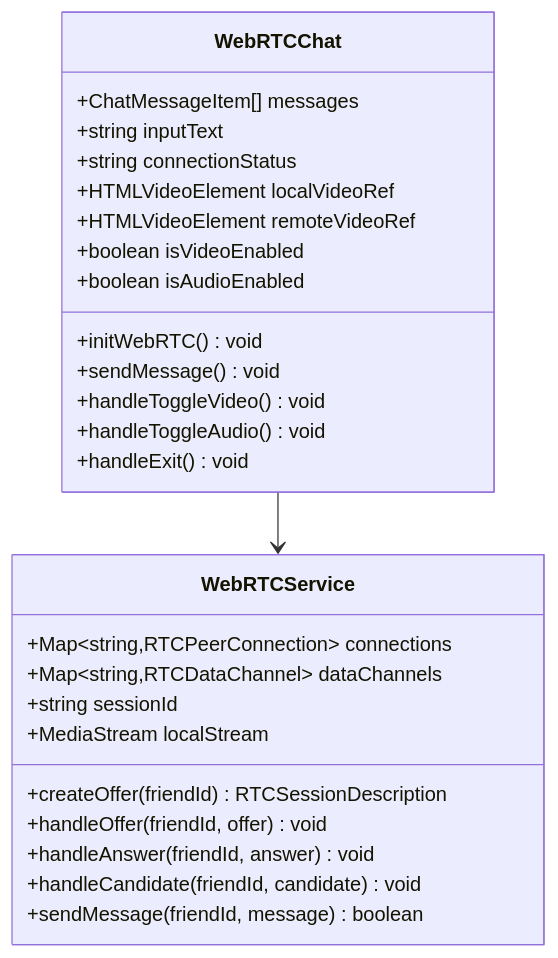
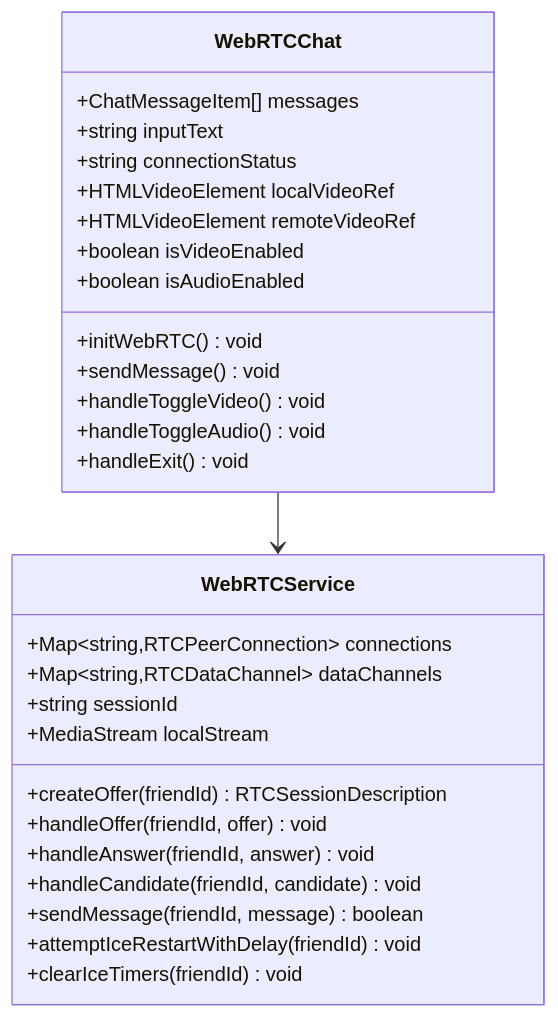
One commit to nicolastinger/only-talk-app changed the eighth of 16 diagrams in .qoder/repowiki/zh/content/Privacy Video Call.md. Above: the diagram before and after it, drawn with Mermaid. The commit also changed other lines of this file and 4 other files, not shown here.

````diff
--- a/.qoder/repowiki/zh/content/Privacy Video Call.md
+++ b/.qoder/repowiki/zh/content/Privacy Video Call.md
@@ -312,29 +329,31 @@
 ```mermaid
 classDiagram
 class WebRTCChat {
 +ChatMessageItem[] messages
 +string inputText
 +string connectionStatus
 +HTMLVideoElement localVideoRef
 +HTMLVideoElement remoteVideoRef
 +boolean isVideoEnabled
 +boolean isAudioEnabled
 +initWebRTC() void
 +sendMessage() void
 +handleToggleVideo() void
 +handleToggleAudio() void
 +handleExit() void
 }
 class WebRTCService {
 +Map~string,RTCPeerConnection~ connections
 +Map~string,RTCDataChannel~ dataChannels
 +string sessionId
 +MediaStream localStream
 +createOffer(friendId) RTCSessionDescription
 +handleOffer(friendId, offer) void
 +handleAnswer(friendId, answer) void
 +handleCandidate(friendId, candidate) void
 +sendMessage(friendId, message) boolean
++attemptIceRestartWithDelay(friendId) void
++clearIceTimers(friendId) void
 }
 WebRTCChat --> WebRTCService
 ```
````
